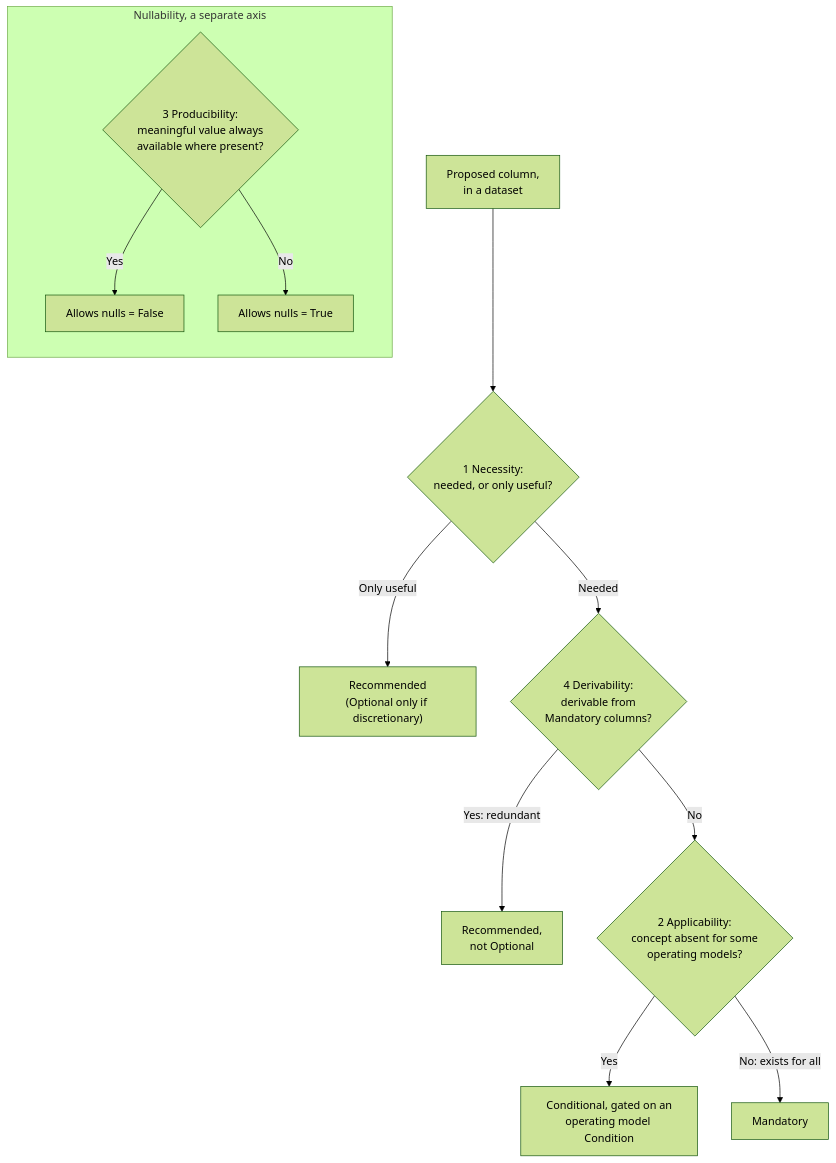
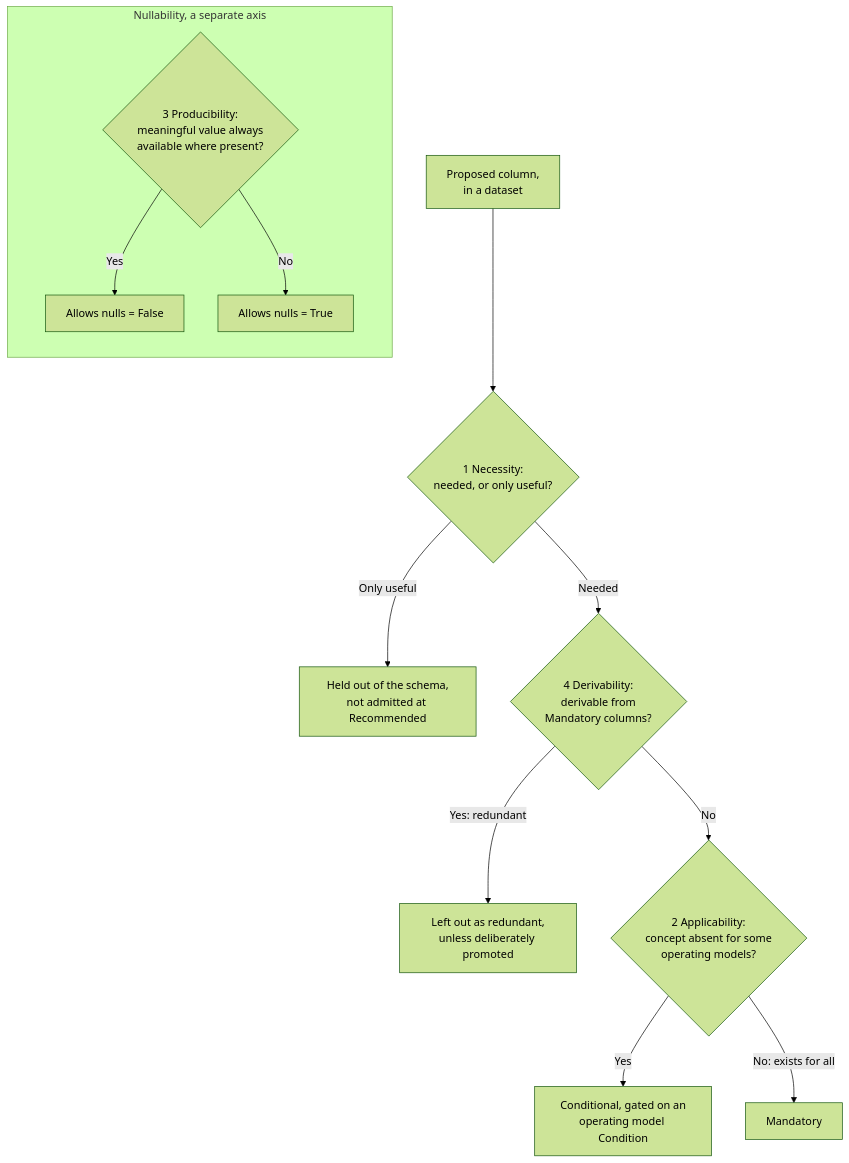
The diagram in guidelines/contributors/feature-level-rubric-guidelines.md (FinOps-Open-Cost-and-Usage-Spec/FOCUS_Spec), drawn with Mermaid (forest theme) before and after one commit. The commit also changed other lines of this file and 1 other file, not shown here.

Commit message:
FR #2335: Hold useful-but-not-needed columns out of the schema instead of routing to Recommended
Per maintainer 1:1 alignment: Recommended is no longer a target level
and Optional is never a feature-level outcome. Useful-but-not-needed
columns are held out of the schema; the specification's existing
Recommended and Optional columns are exceptions to re-level or retire
over time. Derivability now defaults to leaving a fully derivable
column out, with keeping one framed as a deliberate promotion for
Supported Feature correctness or usability. Flowchart outcomes updated
to match. Design notes synced: the routing question records the settled
direction, and two references to removed guideline structures (gate
taxonomy, the Recommended demotion path) now match the current text.

````diff
--- a/guidelines/contributors/feature-level-rubric-guidelines.md
+++ b/guidelines/contributors/feature-level-rubric-guidelines.md
@@ -84,15 +84,15 @@
 ```mermaid
 flowchart TD
     A["Proposed column,<br/>in a dataset"] --> B{"1 Necessity:<br/>needed, or only useful?"}
-    B -->|"Only useful"| R["Recommended<br/>(Optional only if discretionary)"]
+    B -->|"Only useful"| R["Held out of the schema,<br/>not admitted at Recommended"]
     B -->|"Needed"| D{"4 Derivability:<br/>derivable from<br/>Mandatory columns?"}
-    D -->|"Yes: redundant"| RO["Recommended,<br/>not Optional"]
+    D -->|"Yes: redundant"| RO["Left out as redundant,<br/>unless deliberately promoted"]
     D -->|"No"| E{"2 Applicability:<br/>concept absent for some<br/>operating models?"}
     E -->|"Yes"| CD["Conditional, gated on an<br/>operating model Condition"]
     E -->|"No: exists for all"| M["Mandatory"]
     subgraph NUL["Nullability, a separate axis"]
         direction TB
         P{"3 Producibility:<br/>meaningful value always<br/>available where present?"} -->|"Yes"| NF["Allows nulls = False"]
         P -->|"No"| NT["Allows nulls = True"]
     end
 ```
````
